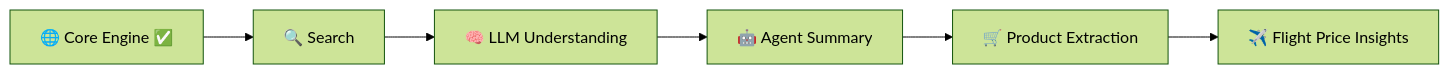
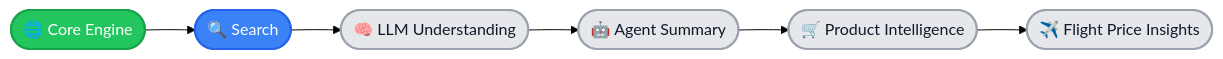
Before and after one commit to jeevabca/new_imp: the diagram in README.md, drawn with Mermaid (forest theme). The commit also changed other lines of this file, not shown here.

````diff
--- a/README.md
+++ b/README.md
@@ -5,8 +3,16 @@
 ```mermaid
 flowchart LR
-    A[🌐 Core Engine ✅] --> B[🔍 Search]
-    B --> C[🧠 LLM Understanding]
-    C --> D[🤖 Agent Summary]
-    D --> E[🛒 Product Extraction]
-    E --> F[✈️ Flight Price Insights]
+    A([🌐 Core Engine]):::done --> B([🔍 Search])
+    B --> C([🧠 LLM Understanding])
+    C --> D([🤖 Agent Summary])
+    D --> E([🛒 Product Intelligence])
+    E --> F([✈️ Flight Price Insights])
+
+    classDef done fill:#22c55e,color:#ffffff,stroke:#16a34a,stroke-width:2px;
+    classDef active fill:#3b82f6,color:#ffffff,stroke:#2563eb,stroke-width:2px;
+    classDef upcoming fill:#e5e7eb,color:#111827,stroke:#9ca3af,stroke-width:2px;
+
+    class A done;
+    class B active;
+    class C,D,E,F upcoming;
 ```
````
